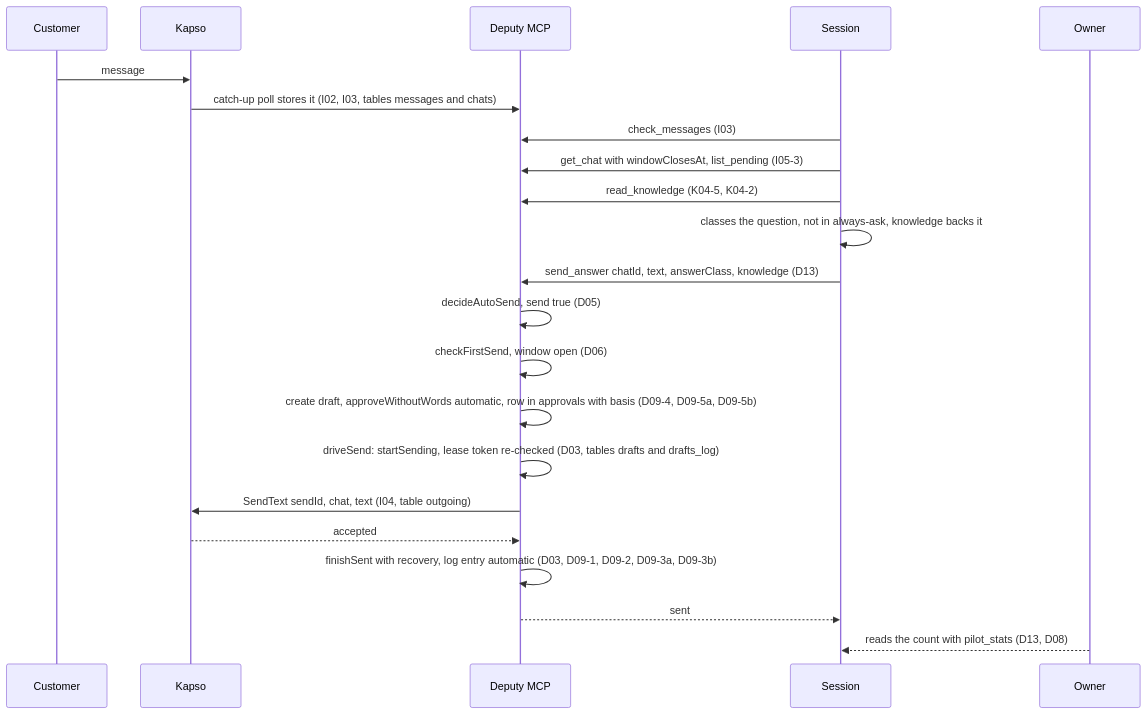
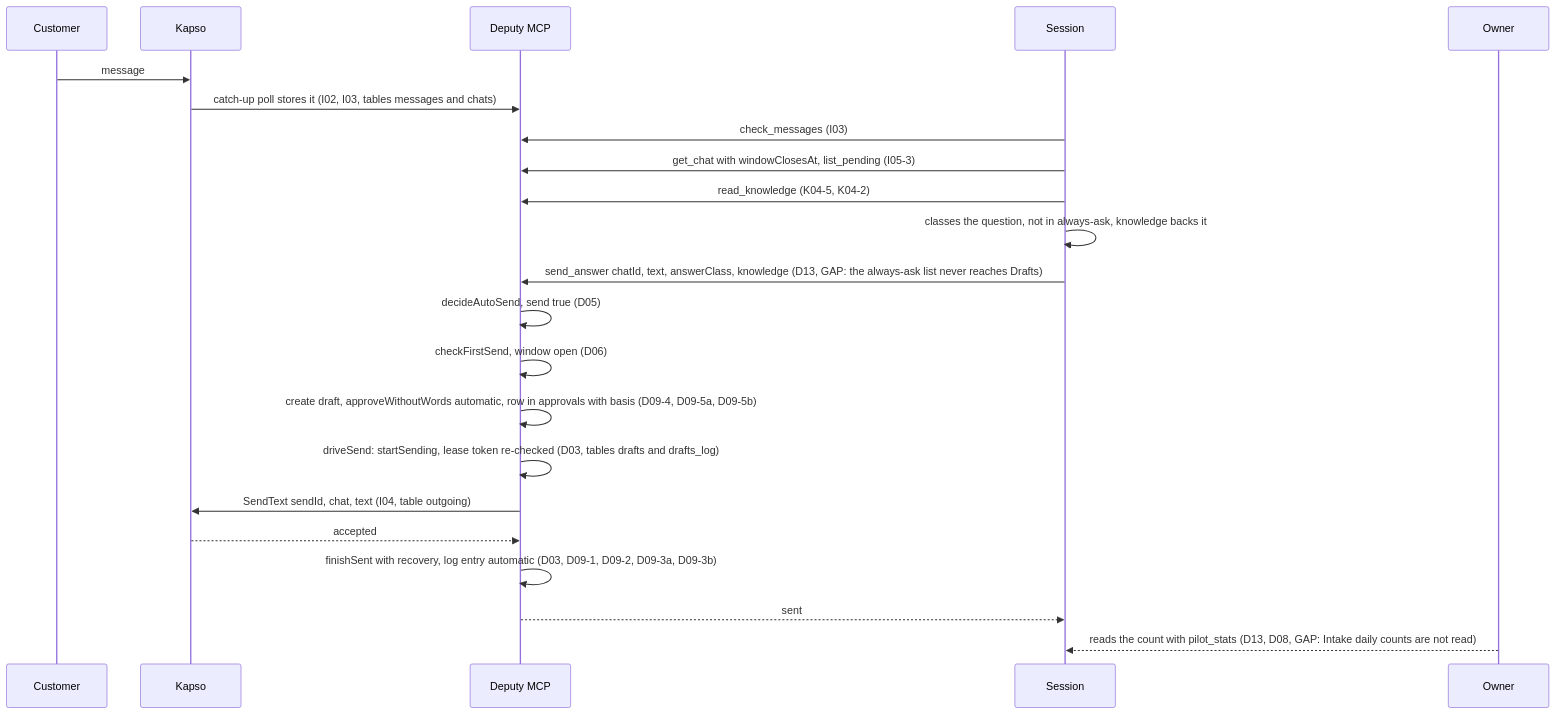
One commit to antonygiomarxdev/deputy changed the fourth of 15 diagrams in docs/tp-detail/TP-pilot-end-to-end.md. Above: the diagram before and after it, drawn with Mermaid. The commit also changed other lines of this file, not shown here.

Commit message:
docs: restart before adoption, GAP marks for wiring, always-ask, counts and consent

````diff
--- a/docs/tp-detail/TP-pilot-end-to-end.md
+++ b/docs/tp-detail/TP-pilot-end-to-end.md
@@ -112,24 +114,24 @@
 ```mermaid
 sequenceDiagram
   participant C as Customer
   participant K as Kapso
   participant M as Deputy MCP
   participant S as Session
   participant O as Owner
   C->>K: message
   K->>M: catch-up poll stores it (I02, I03, tables messages and chats)
   S->>M: check_messages (I03)
   S->>M: get_chat with windowClosesAt, list_pending (I05-3)
   S->>M: read_knowledge (K04-5, K04-2)
   S->>S: classes the question, not in always-ask, knowledge backs it
-  S->>M: send_answer chatId, text, answerClass, knowledge (D13)
+  S->>M: send_answer chatId, text, answerClass, knowledge (D13, GAP: the always-ask list never reaches Drafts)
   M->>M: decideAutoSend, send true (D05)
   M->>M: checkFirstSend, window open (D06)
   M->>M: create draft, approveWithoutWords automatic, row in approvals with basis (D09-4, D09-5a, D09-5b)
   M->>M: driveSend: startSending, lease token re-checked (D03, tables drafts and drafts_log)
   M->>K: SendText sendId, chat, text (I04, table outgoing)
   K-->>M: accepted
   M->>M: finishSent with recovery, log entry automatic (D03, D09-1, D09-2, D09-3a, D09-3b)
   M-->>S: sent
-  O-->>S: reads the count with pilot_stats (D13, D08)
+  O-->>S: reads the count with pilot_stats (D13, D08, GAP: Intake daily counts are not read)
 ```
````
